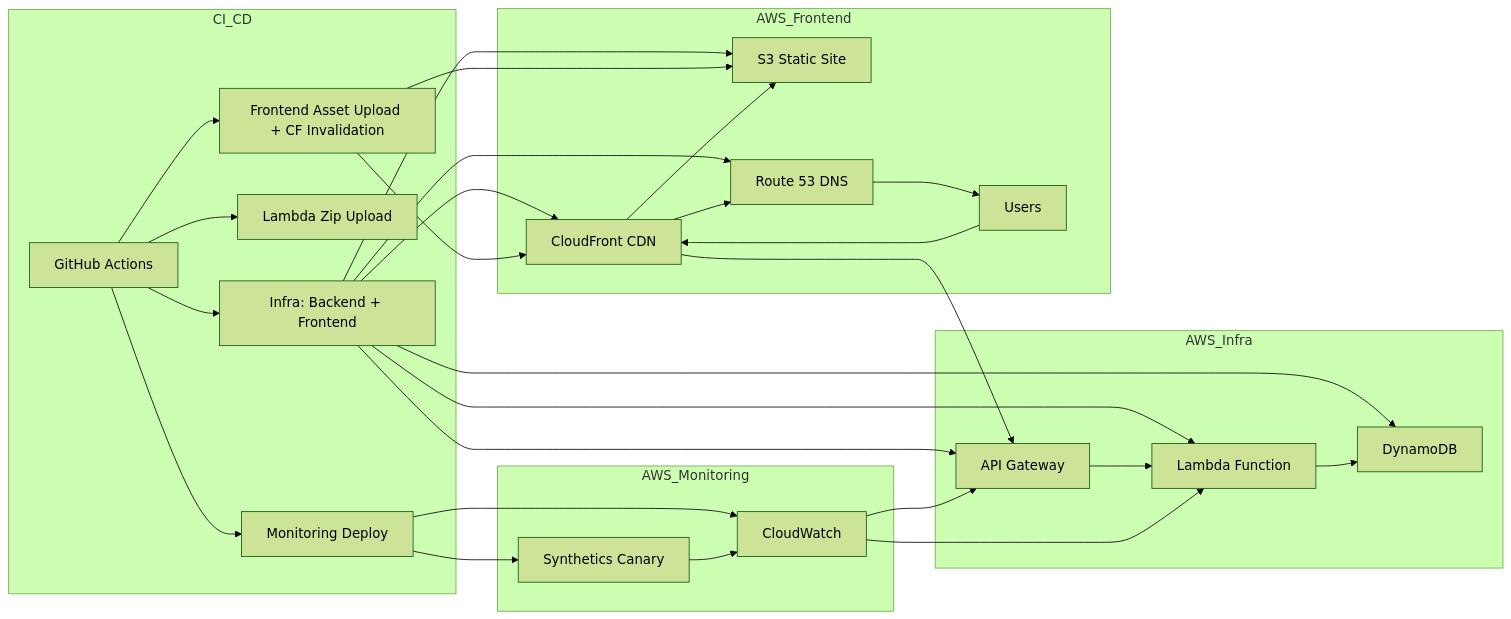
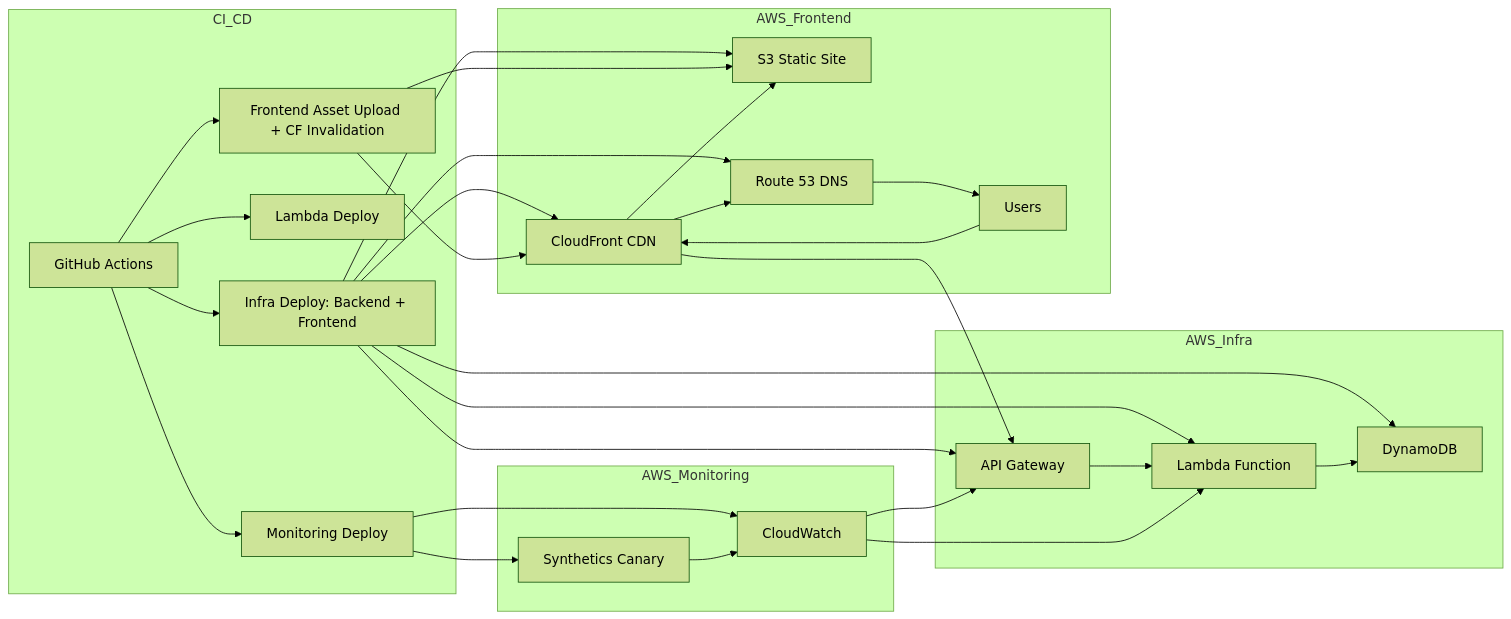
Before and after one commit to hybridmulticloud/overview: the sixth of 6 diagrams in README_9.md, drawn with Mermaid (forest theme).

````diff
--- a/README_9.md
+++ b/README_9.md
@@ -142,40 +142,40 @@
 ```mermaid
 flowchart LR
   GH[GitHub Actions]
 
   subgraph CI_CD
-    GH --> TF["Infra: Backend + Frontend"]
-    GH --> LD["Lambda Zip Upload"]
+    GH --> TF["Infra Deploy: Backend + Frontend"]
+    GH --> LD["Lambda Deploy"]
     GH --> FD["Frontend Asset Upload + CF Invalidation"]
     GH --> MD["Monitoring Deploy"]
   end
 
   subgraph AWS_Infra
     TF --> APIGW["API Gateway"]
     TF --> Lambda["Lambda Function"]
     TF --> DynamoDB["DynamoDB"]
     APIGW --> Lambda
     Lambda --> DynamoDB
   end
 
   subgraph AWS_Frontend
     TF --> S3["S3 Static Site"]
     TF --> CF["CloudFront CDN"]
     TF --> Route53["Route 53 DNS"]
     FD --> S3
     FD --> CF
     CF --> S3
     CF --> APIGW
     CF --> Route53
     Route53 --> User["Users"]
     User --> CF
   end
 
   subgraph AWS_Monitoring
     MD --> Canary["Synthetics Canary"]
     MD --> CW["CloudWatch"]
     Canary --> CW
     CW --> APIGW
     CW --> Lambda
   end
 ```
````
